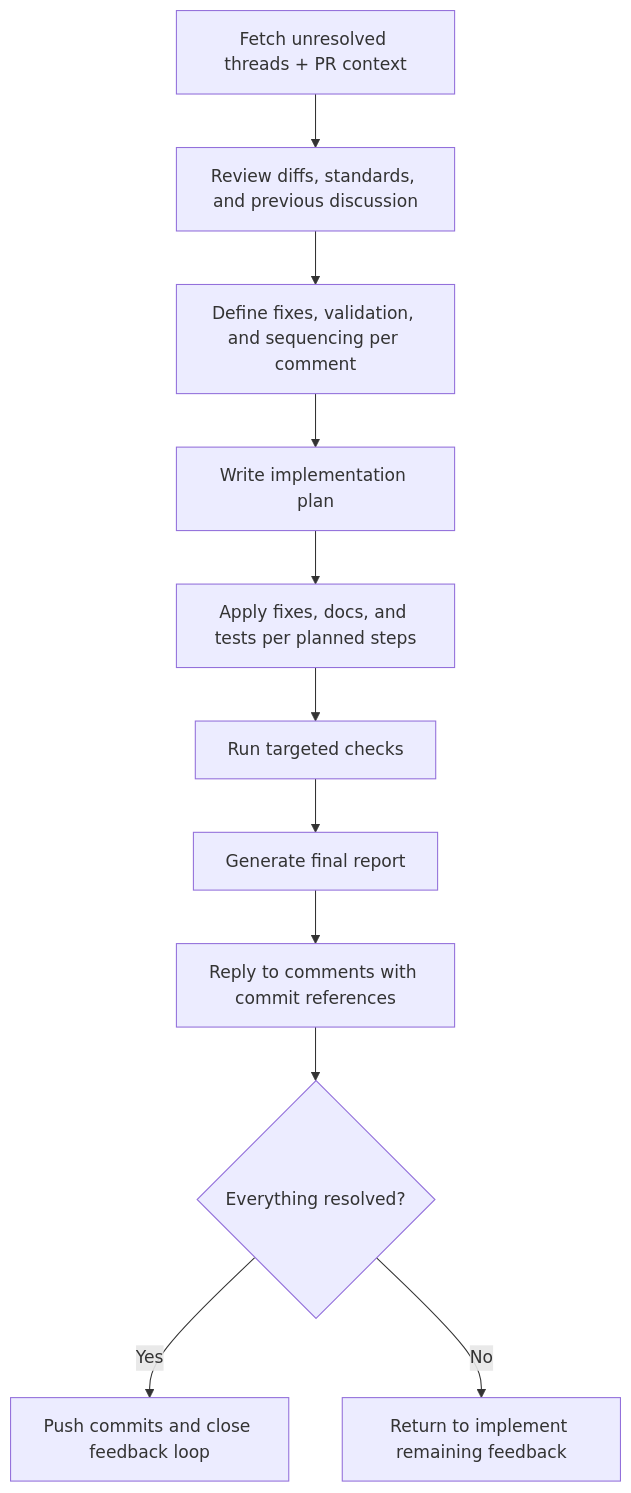
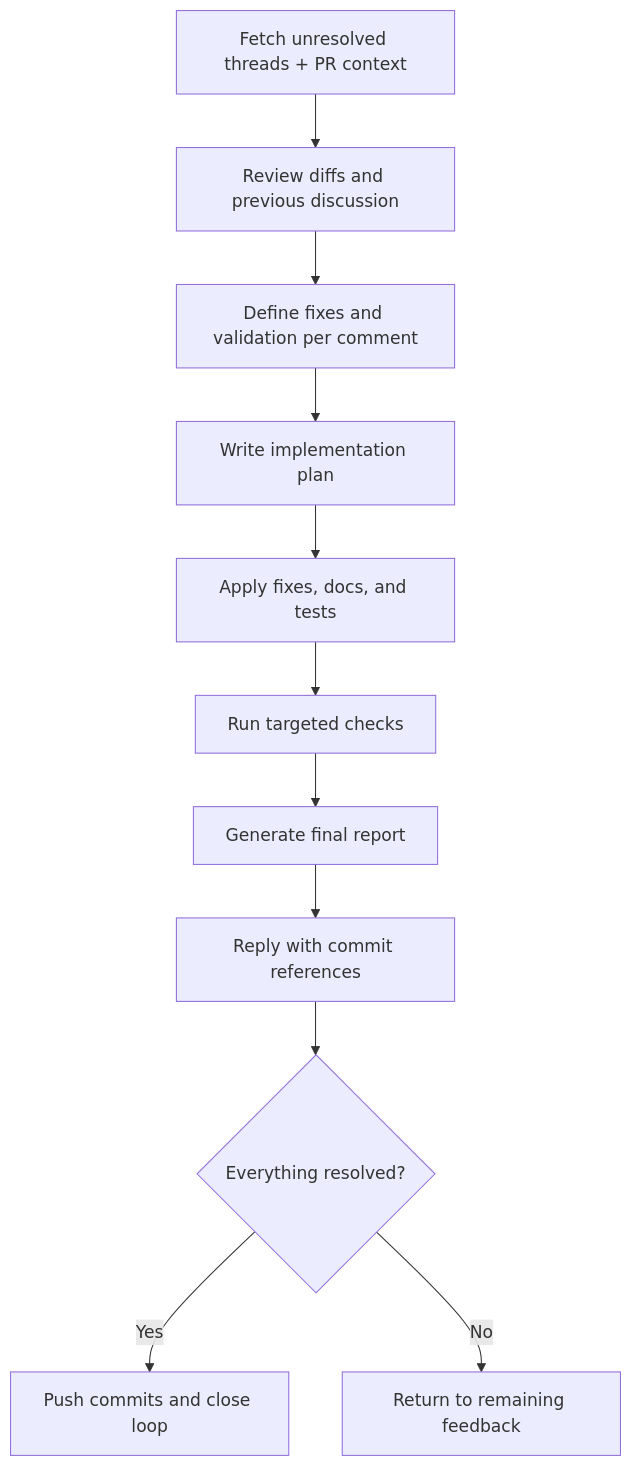
Before and after one commit to mkaczkowski/ai-command-library: the third of 3 diagrams in README.md, drawn with Mermaid. The commit also changed other lines of this file, not shown here.

````diff
--- a/README.md
+++ b/README.md
@@ -461,14 +305,14 @@
 ```mermaid
 flowchart TD
     Gather[Fetch unresolved threads + PR context]
-    Gather --> Study[Review diffs, standards, and previous discussion]
-    Study --> Strategize[Define fixes, validation, and sequencing per comment]
+    Gather --> Study[Review diffs and previous discussion]
+    Study --> Strategize[Define fixes and validation per comment]
     Strategize --> Document[Write implementation plan]
-    Document --> Implement[Apply fixes, docs, and tests per planned steps]
+    Document --> Implement[Apply fixes, docs, and tests]
     Implement --> Validate[Run targeted checks]
     Validate --> Report[Generate final report]
-    Report --> Reply[Reply to comments with commit references]
+    Report --> Reply[Reply with commit references]
     Reply --> Wrap{Everything resolved?}
-    Wrap -->|Yes| Share[Push commits and close feedback loop]
-    Wrap -->|No| Loop[Return to implement remaining feedback]
+    Wrap -->|Yes| Share[Push commits and close loop]
+    Wrap -->|No| Loop[Return to remaining feedback]
 ```
````
